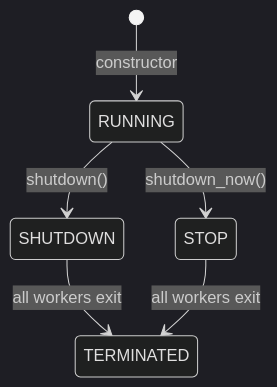
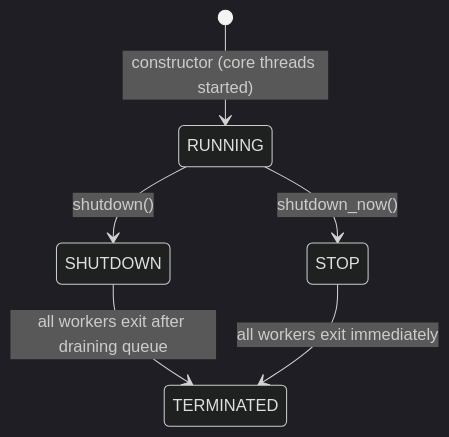
The second of 2 diagrams in DESIGN.md (lwhttpdorg/threadpool), drawn with Mermaid (dark theme) before and after one commit. The commit also changed other lines of this file and 13 other files, not shown here.

````diff
--- a/DESIGN.md
+++ b/DESIGN.md
@@ -207,8 +231,8 @@
 ```mermaid
 stateDiagram-v2
-    [*] --> RUNNING: constructor
+    [*] --> RUNNING: constructor (core threads started)
     RUNNING --> SHUTDOWN: shutdown()
     RUNNING --> STOP: shutdown_now()
-    SHUTDOWN --> TERMINATED: all workers exit
-    STOP --> TERMINATED: all workers exit
+    SHUTDOWN --> TERMINATED: all workers exit after draining queue
+    STOP --> TERMINATED: all workers exit immediately
 ```
````
